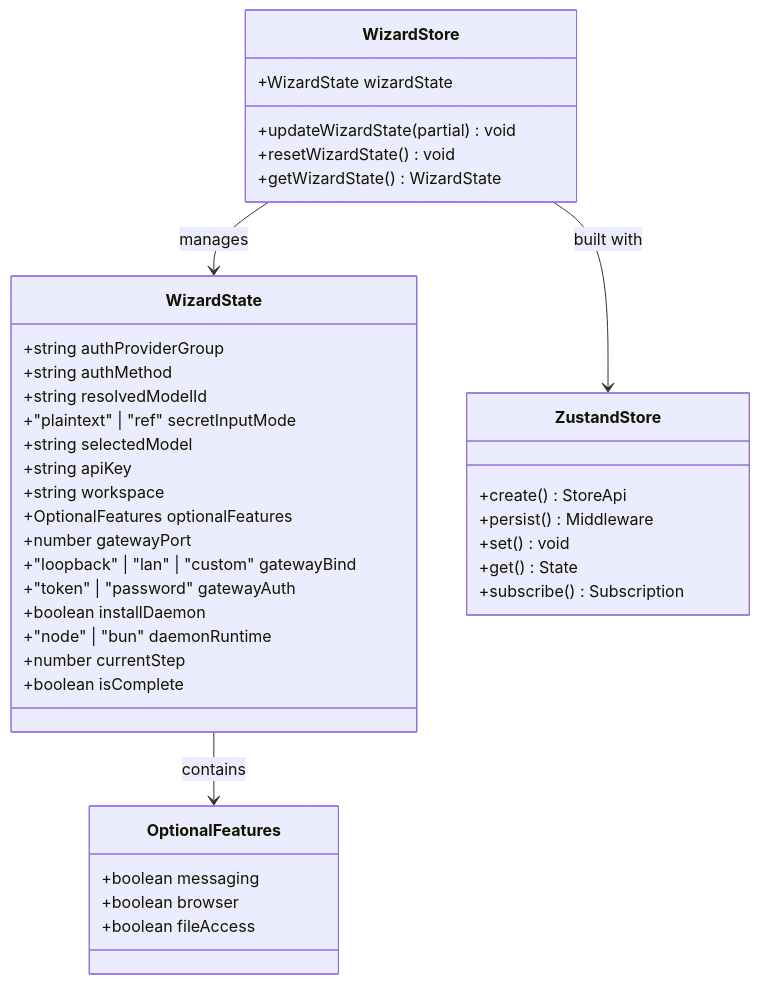
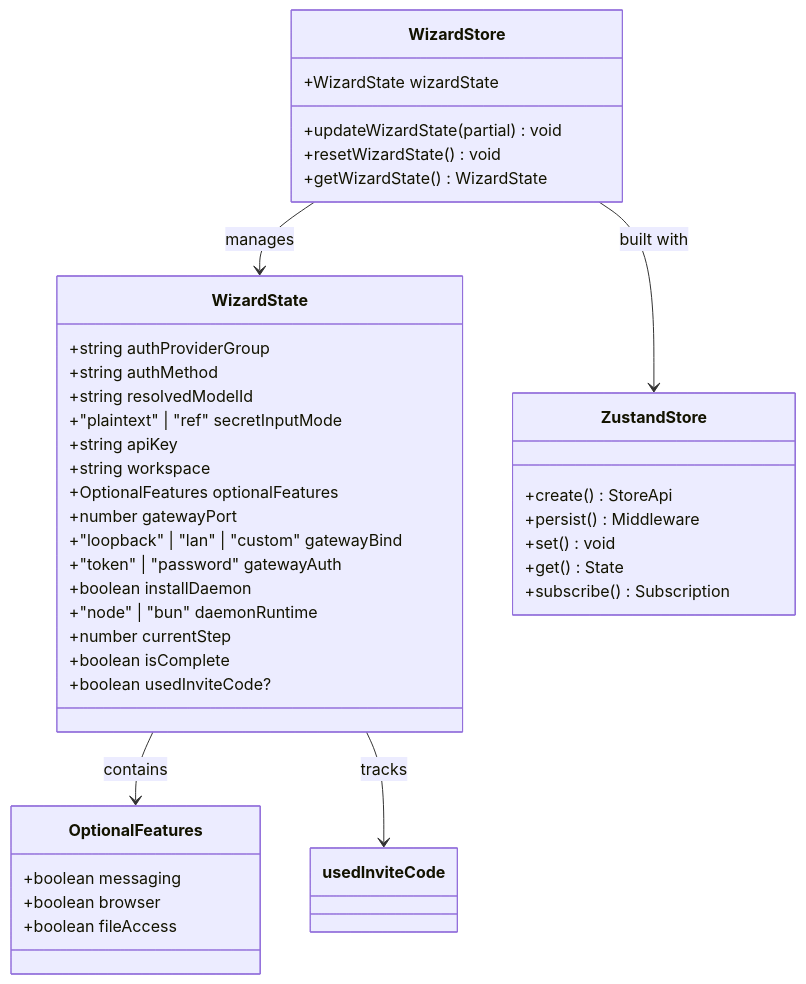
One commit to verse-ai-org/openclaw changed the second of 11 diagrams in .qoder/repowiki/zh/content/设置向导状态管理.md. Above: the diagram before and after it, drawn with Mermaid. The commit also changed other lines of this file and 31 other files, not shown here.

````diff
--- a/.qoder/repowiki/zh/content/设置向导状态管理.md
+++ b/.qoder/repowiki/zh/content/设置向导状态管理.md
@@ -97,41 +103,42 @@
 ```mermaid
 classDiagram
 class WizardState {
 +string authProviderGroup
 +string authMethod
 +string resolvedModelId
 +"plaintext" | "ref" secretInputMode
-+string selectedModel
 +string apiKey
 +string workspace
 +OptionalFeatures optionalFeatures
 +number gatewayPort
 +"loopback" | "lan" | "custom" gatewayBind
 +"token" | "password" gatewayAuth
 +boolean installDaemon
 +"node" | "bun" daemonRuntime
 +number currentStep
 +boolean isComplete
++boolean usedInviteCode?
 }
 class OptionalFeatures {
 +boolean messaging
 +boolean browser
 +boolean fileAccess
 }
 class WizardStore {
 +WizardState wizardState
 +updateWizardState(partial) void
 +resetWizardState() void
 +getWizardState() WizardState
 }
 class ZustandStore {
 +create() StoreApi
 +persist() Middleware
 +set() void
 +get() State
 +subscribe() Subscription
 }
 WizardStore --> WizardState : manages
 WizardStore --> ZustandStore : built with
 WizardState --> OptionalFeatures : contains
+WizardState --> usedInviteCode : tracks
 ```
````
